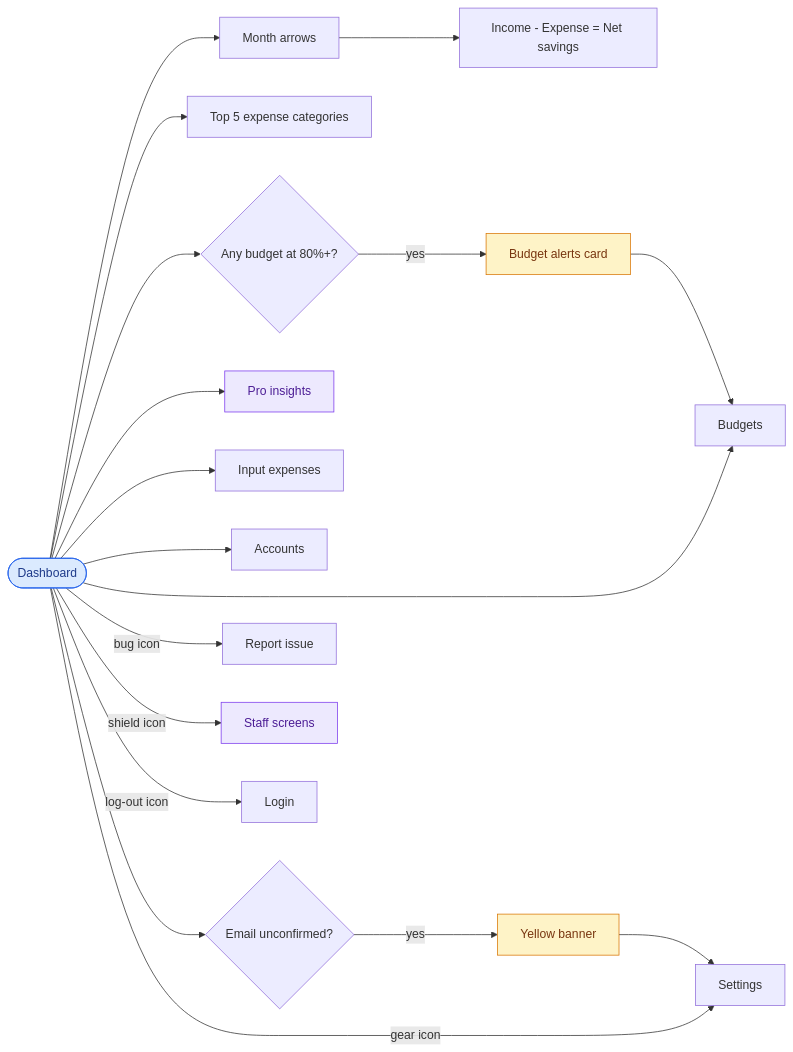
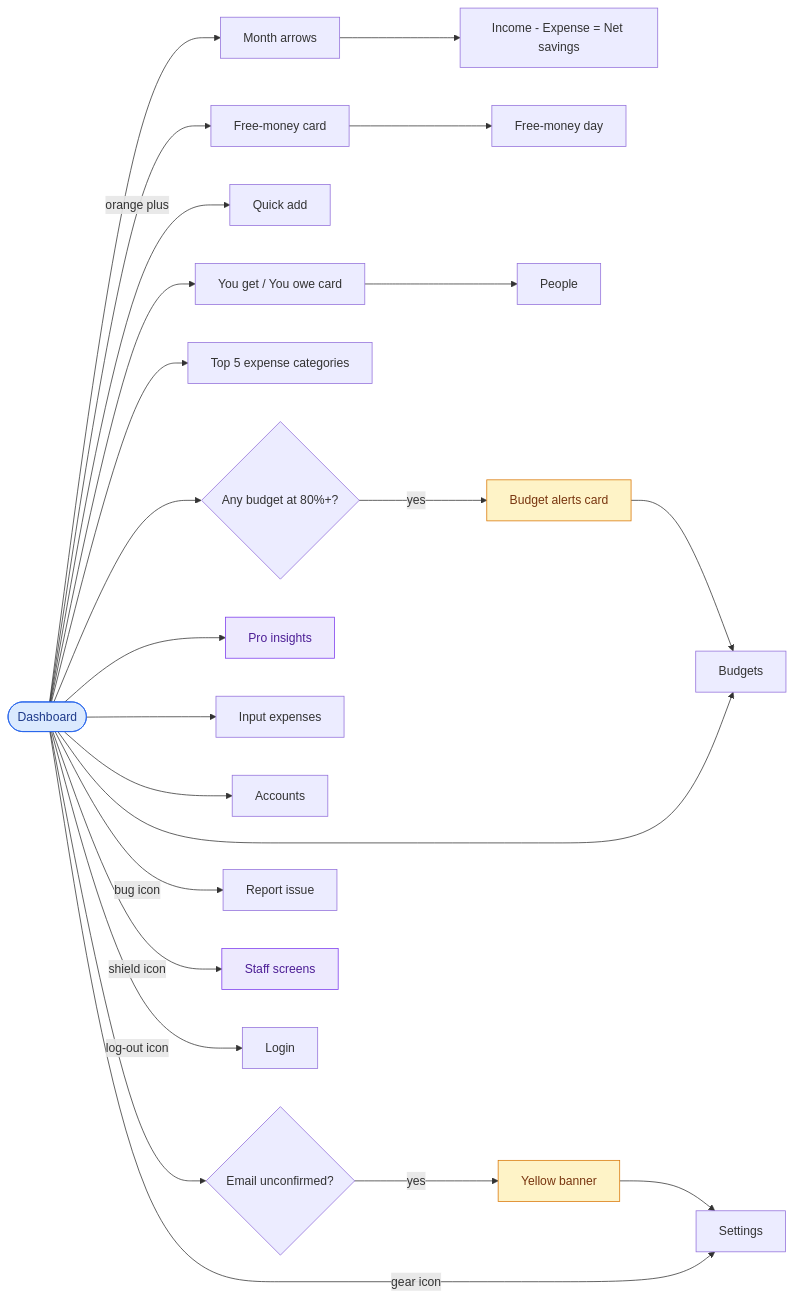
The eighth of 25 diagrams in docs/USER_WORKFLOWS.md (rangnenwars/myBudgetApp), drawn with Mermaid before and after one commit. The commit also changed other lines of this file and 79 other files, not shown here.

````diff
--- a/docs/USER_WORKFLOWS.md
+++ b/docs/USER_WORKFLOWS.md
@@ -166,21 +170,24 @@
 ```mermaid
 flowchart LR
   D(["Dashboard"]):::entry
   D --> M["Month arrows"] --> T["Income - Expense = Net savings"]
+  D --> FMC["Free-money card"] --> FMD["Free-money day"]
+  D -->|"orange plus"| QA["Quick add"]
+  D --> PC["You get / You owe card"] --> PL["People"]
   D --> TOP["Top 5 expense categories"]
   D --> BA{"Any budget at 80%+?"} -->|yes| BAL["Budget alerts card"]:::warn --> BUD["Budgets"]
   D --> PI["Pro insights"]:::pro
   D --> IE["Input expenses"]
   D --> BUD
   D --> ACC["Accounts"]
   D --> VB{"Email unconfirmed?"} -->|yes| BAN["Yellow banner"]:::warn --> SET["Settings"]
   D -->|"bug icon"| RI["Report issue"]
   D -->|"gear icon"| SET
   D -->|"shield icon"| SH["Staff screens"]:::pro
   D -->|"log-out icon"| LO["Login"]
   classDef entry fill:#dbeafe,stroke:#2563eb,color:#1e3a8a
   classDef ok fill:#d1fae5,stroke:#059669,color:#064e3b
   classDef bad fill:#fee2e2,stroke:#dc2626,color:#7f1d1d
   classDef pro fill:#ede9fe,stroke:#7c3aed,color:#4c1d95
   classDef warn fill:#fef3c7,stroke:#d97706,color:#78350f
 ```
````
